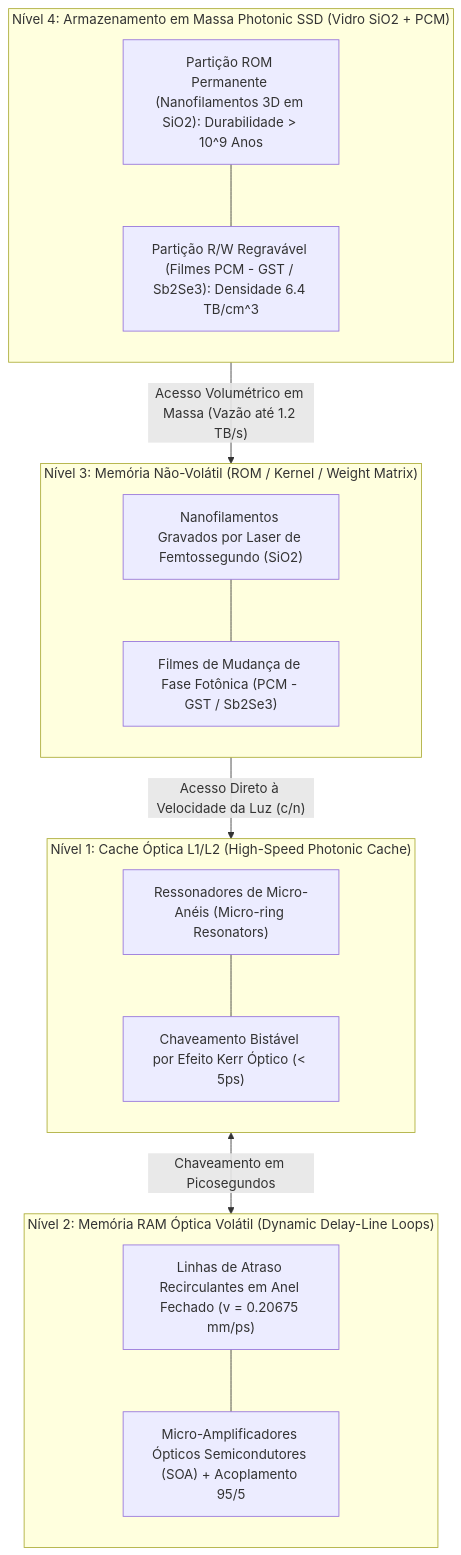
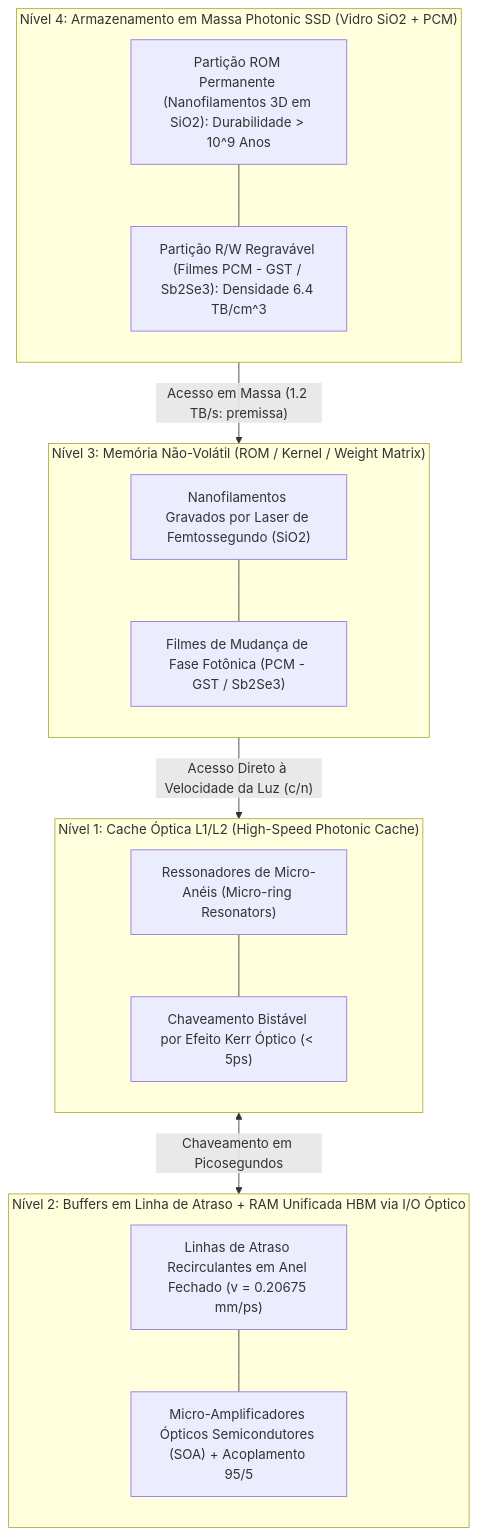
Before and after one commit to Roliveira96/SilicaCore: the diagram in docs/architecture/04-hierarquia-de-memoria-optica.md, drawn with Mermaid. The commit also changed other lines of this file and 10 other files, not shown here.

First line of the commit message:
docs(architecture): alinhar docs 01-10 a simulacao e adotar substrato de geometria agnostica

````diff
--- a/docs/architecture/04-hierarquia-de-memoria-optica.md
+++ b/docs/architecture/04-hierarquia-de-memoria-optica.md
@@ -7,34 +9,34 @@
 ```mermaid
 flowchart TD
     subgraph Camada4["Nível 4: Armazenamento em Massa Photonic SSD (Vidro SiO2 + PCM)"]
         direction TB
         S1["Partição ROM Permanente (Nanofilamentos 3D em SiO2): Durabilidade > 10^9 Anos"]
         S2["Partição R/W Regravável (Filmes PCM - GST / Sb2Se3): Densidade 6.4 TB/cm^3"]
         S1 --- S2
     end
 
     subgraph Camada3["Nível 3: Memória Não-Volátil (ROM / Kernel / Weight Matrix)"]
         direction TB
         N1["Nanofilamentos Gravados por Laser de Femtossegundo (SiO2)"]
         N2["Filmes de Mudança de Fase Fotônica (PCM - GST / Sb2Se3)"]
         N1 --- N2
     end
 
-    subgraph Camada2["Nível 2: Memória RAM Óptica Volátil (Dynamic Delay-Line Loops)"]
+    subgraph Camada2["Nível 2: Buffers em Linha de Atraso + RAM Unificada HBM via I/O Óptico"]
         direction TB
         R1["Linhas de Atraso Recirculantes em Anel Fechado (v = 0.20675 mm/ps)"]
         R2["Micro-Amplificadores Ópticos Semicondutores (SOA) + Acoplamento 95/5"]
         R1 --- R2
     end
 
     subgraph Camada1["Nível 1: Cache Óptica L1/L2 (High-Speed Photonic Cache)"]
         direction TB
         C1["Ressonadores de Micro-Anéis (Micro-ring Resonators)"]
         C2["Chaveamento Bistável por Efeito Kerr Óptico (< 5ps)"]
         C1 --- C2
     end
 
-    Camada4 -- "Acesso Volumétrico em Massa (Vazão até 1.2 TB/s)" --> Camada3
+    Camada4 -- "Acesso em Massa (1.2 TB/s: premissa)" --> Camada3
     Camada3 -- "Acesso Direto à Velocidade da Luz (c/n)" --> Camada1
     Camada1 <--> |"Chaveamento em Picosegundos"| Camada2
 ```
````
